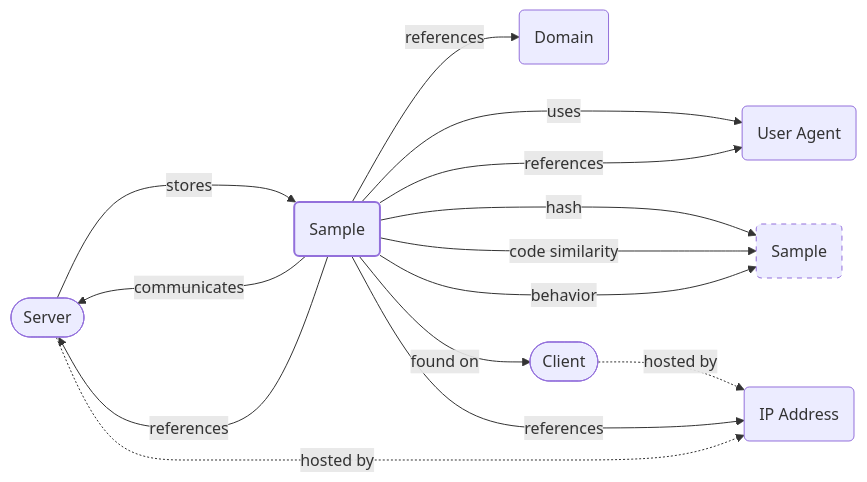
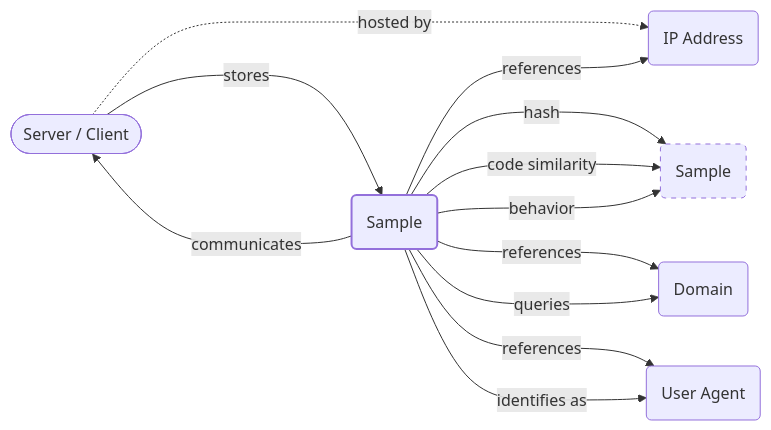
Before and after one commit to korniko98/pivot-atlas: the diagram in docs/artifacts/sample.md, drawn with Mermaid. The commit also changed other lines of this file and 5 other files, not shown here.

````diff
--- a/docs/artifacts/sample.md
+++ b/docs/artifacts/sample.md
@@ -31,36 +31,35 @@
 	```mermaid
 	flowchart LR
 		classDef primary stroke-width: 2px
 		classDef secondary stroke-dasharray: 5 5
 		
 		%% define nodes
 		IP_ADDRESS(IP Address)
 		DOMAIN(Domain)
-		SERVER([Server])
-		CLIENT([Client])
+		SERVER([Server / Client])
 		SAMPLE(Sample):::primary
 		USER_AGENT(User Agent)
 		SAMPLE_(Sample):::secondary
 		
 		%% define edges
-		SAMPLE -- found on --> CLIENT
-		CLIENT -. hosted by .-> IP_ADDRESS
-		SERVER -- stores --> SAMPLE
-		SAMPLE -- communicates --> SERVER
-		SAMPLE -- references ---> SERVER
-		SAMPLE -- hash --> SAMPLE_
-		SAMPLE -- code similarity --> SAMPLE_
-		SAMPLE -- behavior ---> SAMPLE_
+
 		SAMPLE -- references ---> IP_ADDRESS
 		SERVER -. hosted by .-> IP_ADDRESS
-		SAMPLE -- references --> DOMAIN
-		SAMPLE -- uses ---> USER_AGENT
+		SERVER -- stores --> SAMPLE
+		SAMPLE -- communicates ---> SERVER
+		SAMPLE -- hash ---> SAMPLE_
+		SAMPLE -- code similarity --> SAMPLE_
+		SAMPLE -- behavior --> SAMPLE_
+
+		SAMPLE -- references ---> DOMAIN
+		SAMPLE -- queries ---> DOMAIN
 		SAMPLE -- references --> USER_AGENT
+		SAMPLE -- identifies as ---> USER_AGENT
 		
 		%% define links
 		click IP_ADDRESS "#ip-addresses"
 		click DOMAIN "#domains"
 		click SERVER "#servers"
 		click SAMPLE_ "#samples"
 		click USER_AGENT "#user-agents"
 	```
````
